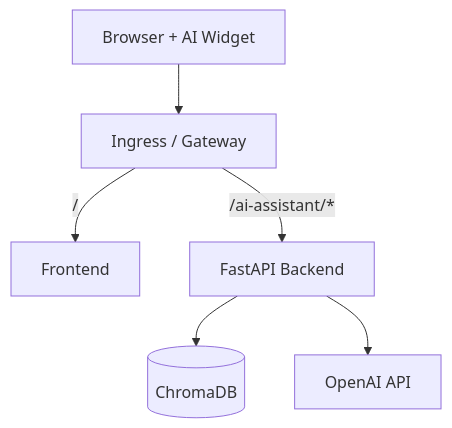
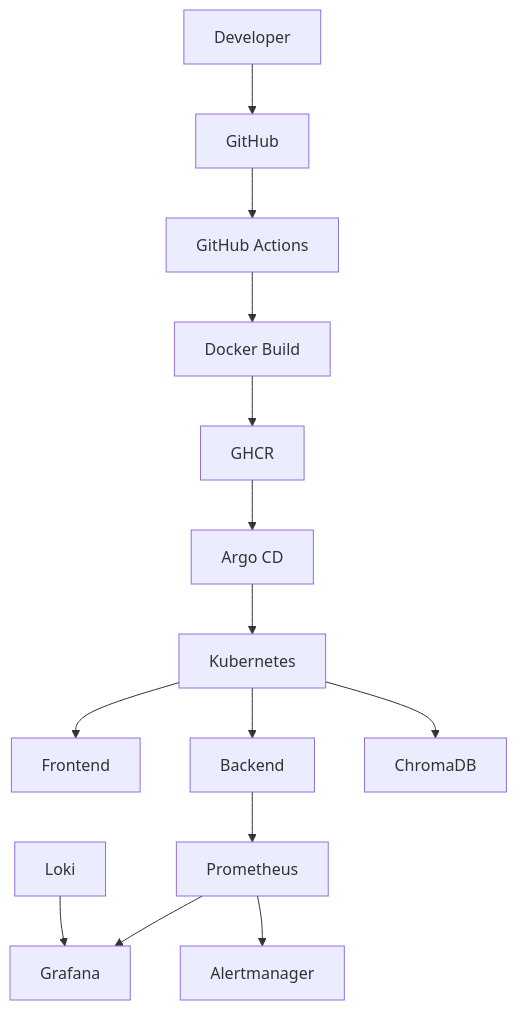
One commit to amaninsa/owasp-juiceshop-chatbot changed the first of 2 diagrams in README.md. Above: the diagram before and after it, drawn with Mermaid. The commit also changed other lines of this file and 129 other files, not shown here.

First line of the commit message:
feat(cicd): add enterprise GitOps CI/CD pipelines for GHCR and Argo CD

````diff
--- a/README.md
+++ b/README.md
@@ -34,8 +57,16 @@
 ```mermaid
 flowchart TB
-  U[Browser + AI Widget] --> I[Ingress / Gateway]
-  I -->|/| FE[Frontend]
-  I -->|/ai-assistant/*| BE[FastAPI Backend]
-  BE --> CH[(ChromaDB)]
-  BE --> OAI[OpenAI API]
+  DEV[Developer] --> GH[GitHub]
+  GH --> GHA[GitHub Actions]
+  GHA --> BUILD[Docker Build]
+  BUILD --> GHCR[GHCR]
+  GHCR --> ARGO[Argo CD]
+  ARGO --> K8S[Kubernetes]
+  K8S --> FE[Frontend]
+  K8S --> BE[Backend]
+  K8S --> CH[ChromaDB]
+  BE --> PROM[Prometheus]
+  PROM --> GRAF[Grafana]
+  PROM --> AM[Alertmanager]
+  LOKI[Loki] --> GRAF
 ```
````
